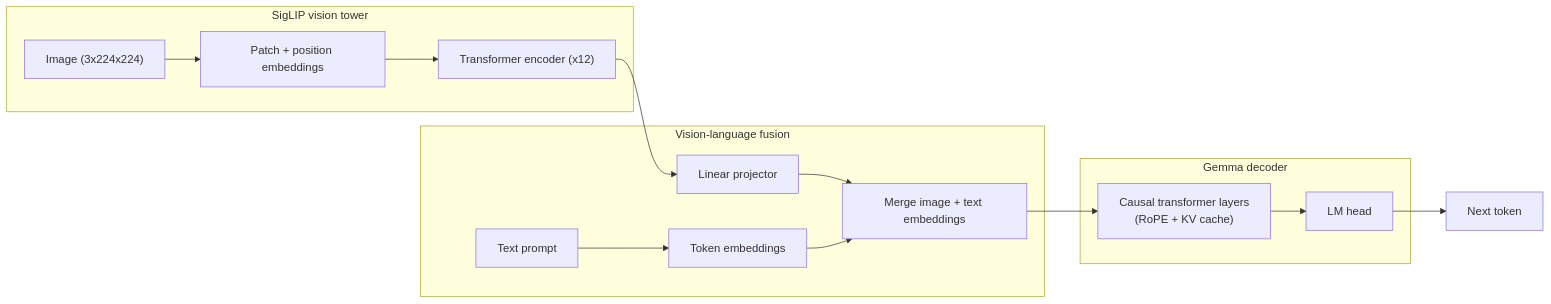
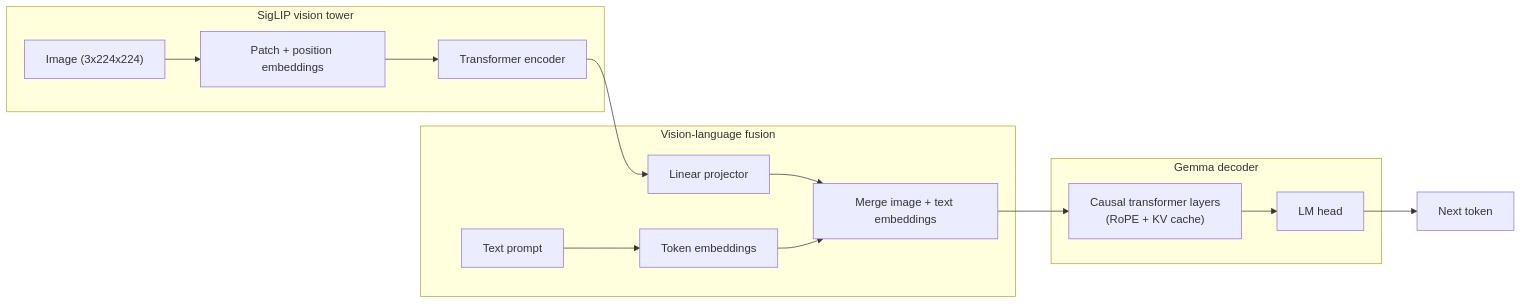
Before and after one commit to eljandoubi/PaliGemma: the diagram in README.md, drawn with Mermaid. The commit also changed other lines of this file, not shown here.

Commit message:
Rewrite the README: drop the wrong encoder layer count, add status and limits

````diff
--- a/README.md
+++ b/README.md
@@ -59,21 +78,21 @@
 ```mermaid
 flowchart LR
     subgraph Vision["SigLIP vision tower"]
         IMG["Image (3x224x224)"] --> PATCH["Patch + position embeddings"]
-        PATCH --> ENC["Transformer encoder (x12)"]
+        PATCH --> ENC["Transformer encoder"]
     end
 
     subgraph Fusion["Vision-language fusion"]
         ENC --> PROJ["Linear projector"]
         TXT["Text prompt"] --> EMB["Token embeddings"]
         PROJ --> MERGE["Merge image + text embeddings"]
         EMB --> MERGE
     end
 
     subgraph Decoder["Gemma decoder"]
         MERGE --> LAYERS["Causal transformer layers<br/>(RoPE + KV cache)"]
         LAYERS --> HEAD["LM head"]
     end
 
     HEAD --> NEXT["Next token"]
 ```
````
